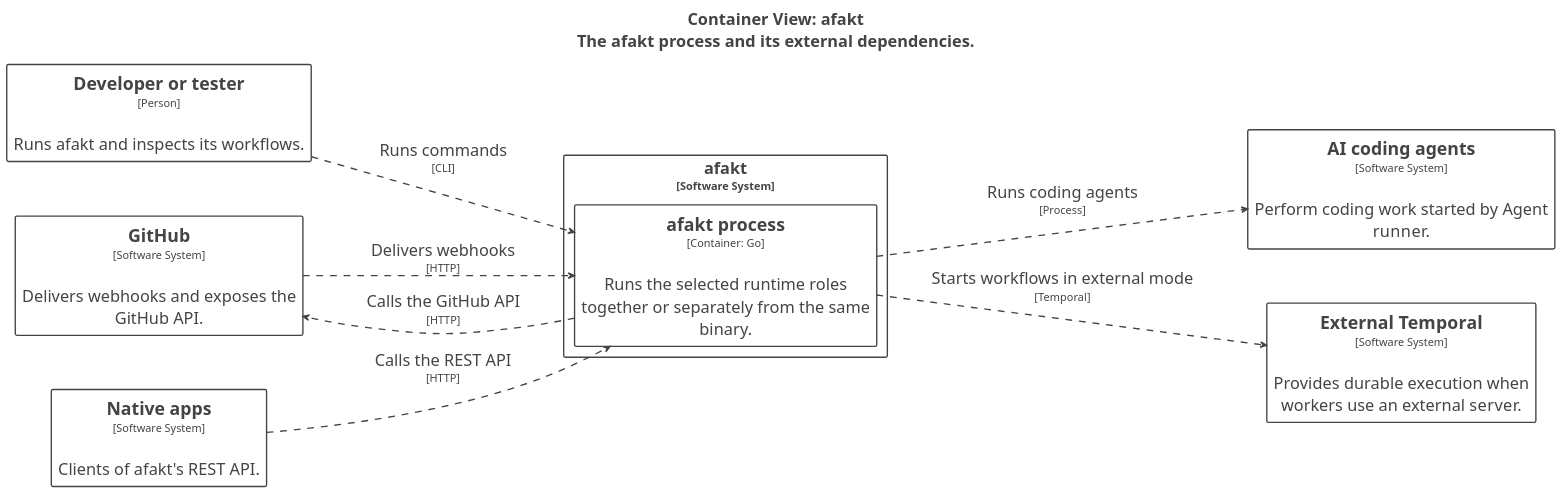
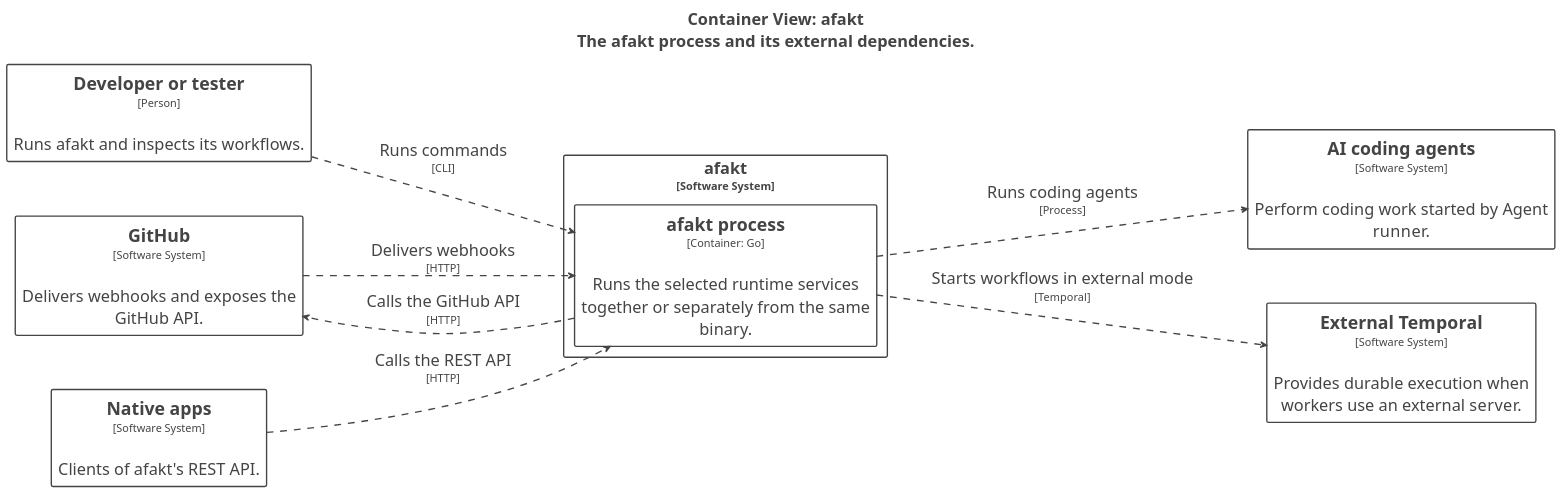
The diagram in docs/diagrams/structurizr-afakt-containers.puml (tbhb-dev/afakt), drawn with PlantUML before and after one commit. The commit also changed 40 other files, not shown here.

```diff
--- a/docs/diagrams/structurizr-afakt-containers.puml
+++ b/docs/diagrams/structurizr-afakt-containers.puml
@@ -1,71 +1,71 @@
 @startuml
 title <size:24>Container View: afakt</size>\n<size:24>The afakt process and its external dependencies.</size>
 
 set separator none
 left to right direction
 skinparam ranksep 20
 skinparam nodesep 5
 hide stereotype
 
 skinparam {
   nodesep 80
   ranksep 160
 }
 
 <style>
   root {
     BackgroundColor: #ffffff;
     FontColor: #444444;
   }
   // Element
   .Element-RWxlbWVudA== {
     BackgroundColor: #ffffff;
     LineColor: #444444;
     LineStyle: 0;
     LineThickness: 2;
     FontColor: #444444;
     FontSize: 24;
     HorizontalAlignment: center;
     Shadowing: 0;
     MaximumWidth: 450;
   }
   // Relationship
   .Relationship-UmVsYXRpb25zaGlw {
     LineThickness: 2;
     LineStyle: 10-10;
     LineColor: #444444;
     FontColor: #444444;
     FontSize: 24;
     MaximumWidth: 200;
   }
   // afakt
   .Boundary-YWZha3Q= {
     BackgroundColor: #ffffff;
     LineColor: #444444;
     LineStyle: 0;
     LineThickness: 2;
     FontColor: #444444;
     FontSize: 24;
     HorizontalAlignment: center;
     Shadowing: 0;
   }
 </style>
 
 rectangle "==Developer or tester\n<size:16>[Person]</size>\n\nRuns afakt and inspects its workflows." <<Element-RWxlbWVudA==>> as Developerortester
 rectangle "==GitHub\n<size:16>[Software System]</size>\n\nDelivers webhooks and exposes the GitHub API." <<Element-RWxlbWVudA==>> as GitHub
 rectangle "==Native apps\n<size:16>[Software System]</size>\n\nClients of afakt's REST API." <<Element-RWxlbWVudA==>> as Nativeapps
 rectangle "==AI coding agents\n<size:16>[Software System]</size>\n\nPerform coding work started by Agent runner." <<Element-RWxlbWVudA==>> as AIcodingagents
 rectangle "==External Temporal\n<size:16>[Software System]</size>\n\nProvides durable execution when workers use an external server." <<Element-RWxlbWVudA==>> as ExternalTemporal
 
 rectangle "afakt\n<size:16>[Software System]</size>" <<Boundary-YWZha3Q=>> {
-  rectangle "==afakt process\n<size:16>[Container: Go]</size>\n\nRuns the selected runtime roles together or separately from the same binary." <<Element-RWxlbWVudA==>> as afakt.afaktprocess
+  rectangle "==afakt process\n<size:16>[Container: Go]</size>\n\nRuns the selected runtime services together or separately from the same binary." <<Element-RWxlbWVudA==>> as afakt.afaktprocess
 }
 
 Developerortester --> afakt.afaktprocess <<Relationship-UmVsYXRpb25zaGlw>> : "Runs commands\n<size:16>[CLI]</size>"
 Nativeapps --> afakt.afaktprocess <<Relationship-UmVsYXRpb25zaGlw>> : "Calls the REST API\n<size:16>[HTTP]</size>"
 GitHub --> afakt.afaktprocess <<Relationship-UmVsYXRpb25zaGlw>> : "Delivers webhooks\n<size:16>[HTTP]</size>"
 afakt.afaktprocess --> ExternalTemporal <<Relationship-UmVsYXRpb25zaGlw>> : "Starts workflows in external mode\n<size:16>[Temporal]</size>"
 afakt.afaktprocess --> GitHub <<Relationship-UmVsYXRpb25zaGlw>> : "Calls the GitHub API\n<size:16>[HTTP]</size>"
 afakt.afaktprocess --> AIcodingagents <<Relationship-UmVsYXRpb25zaGlw>> : "Runs coding agents\n<size:16>[Process]</size>"
 
 @enduml
```
